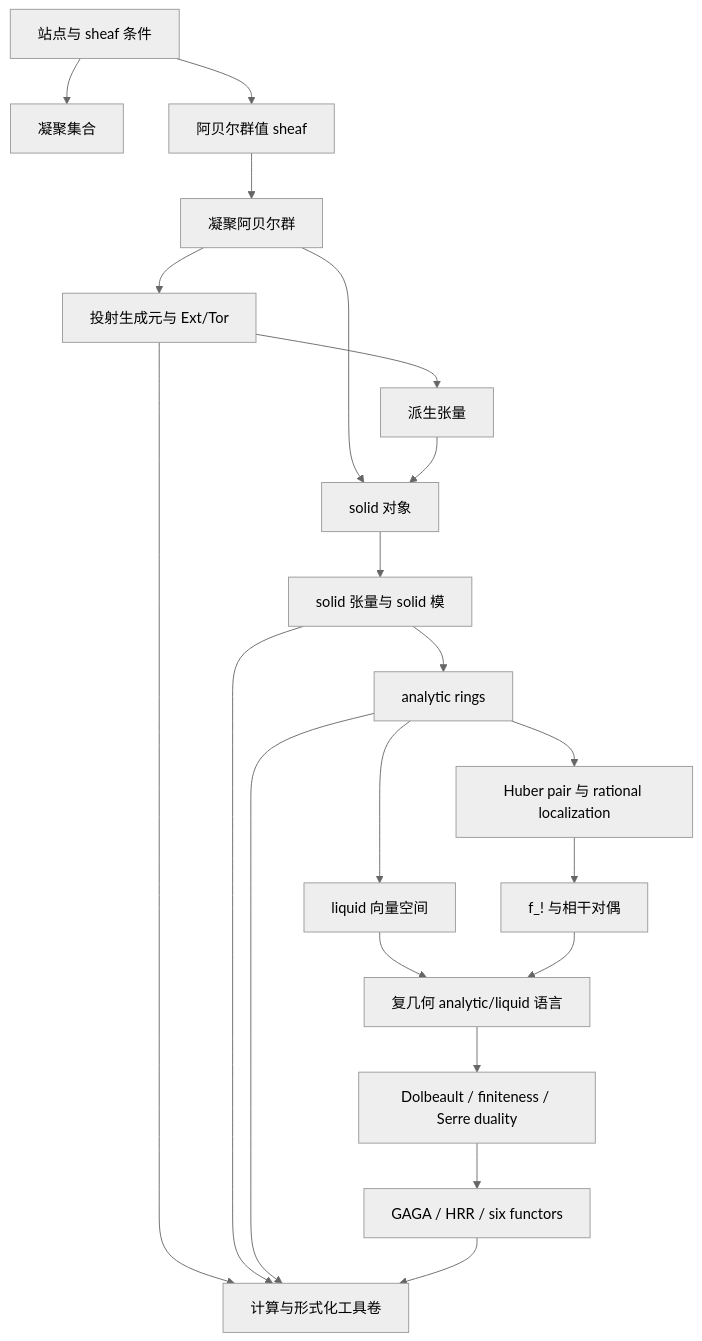
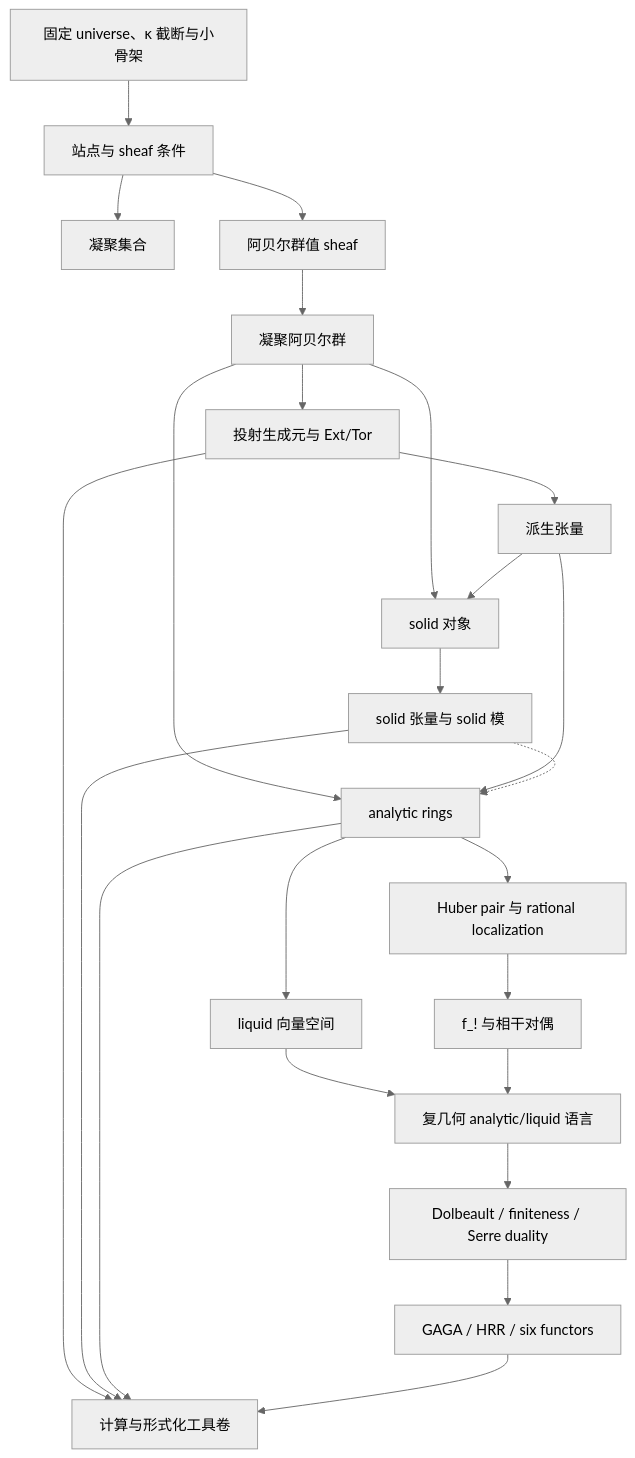
Before and after one commit to glenzli/ai-summary-book: the first of 2 diagrams in books/condensed-mathematics/DEPENDENCY_GRAPH.md, drawn with Mermaid (neutral theme). The commit also changed other lines of this file and 459 other files, not shown here.

````diff
--- a/books/condensed-mathematics/DEPENDENCY_GRAPH.md
+++ b/books/condensed-mathematics/DEPENDENCY_GRAPH.md
@@ -9,23 +9,26 @@
 ```mermaid
 flowchart TD
+  A0["固定 universe、κ 截断与小骨架"] --> A["站点与 sheaf 条件"]
   A["站点与 sheaf 条件"] --> B["凝聚集合"]
   A --> C["阿贝尔群值 sheaf"]
   C --> D["凝聚阿贝尔群"]
   D --> E["投射生成元与 Ext/Tor"]
   E --> F["派生张量"]
   D --> G["solid 对象"]
   F --> G
   G --> H["solid 张量与 solid 模"]
-  H --> I["analytic rings"]
+  D --> I["analytic rings"]
+  F --> I
+  H -.-> I
   I --> J["liquid 向量空间"]
   I --> K["Huber pair 与 rational localization"]
   K --> L["f_! 与相干对偶"]
   J --> M["复几何 analytic/liquid 语言"]
   L --> M
   M --> N["Dolbeault / finiteness / Serre duality"]
   N --> O["GAGA / HRR / six functors"]
   E --> P["计算与形式化工具卷"]
   H --> P
   I --> P
   O --> P
 ```
````
